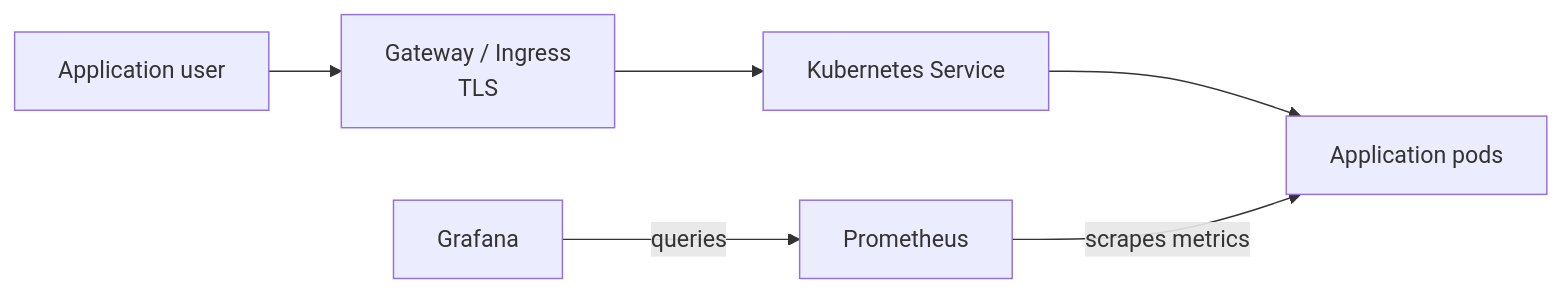
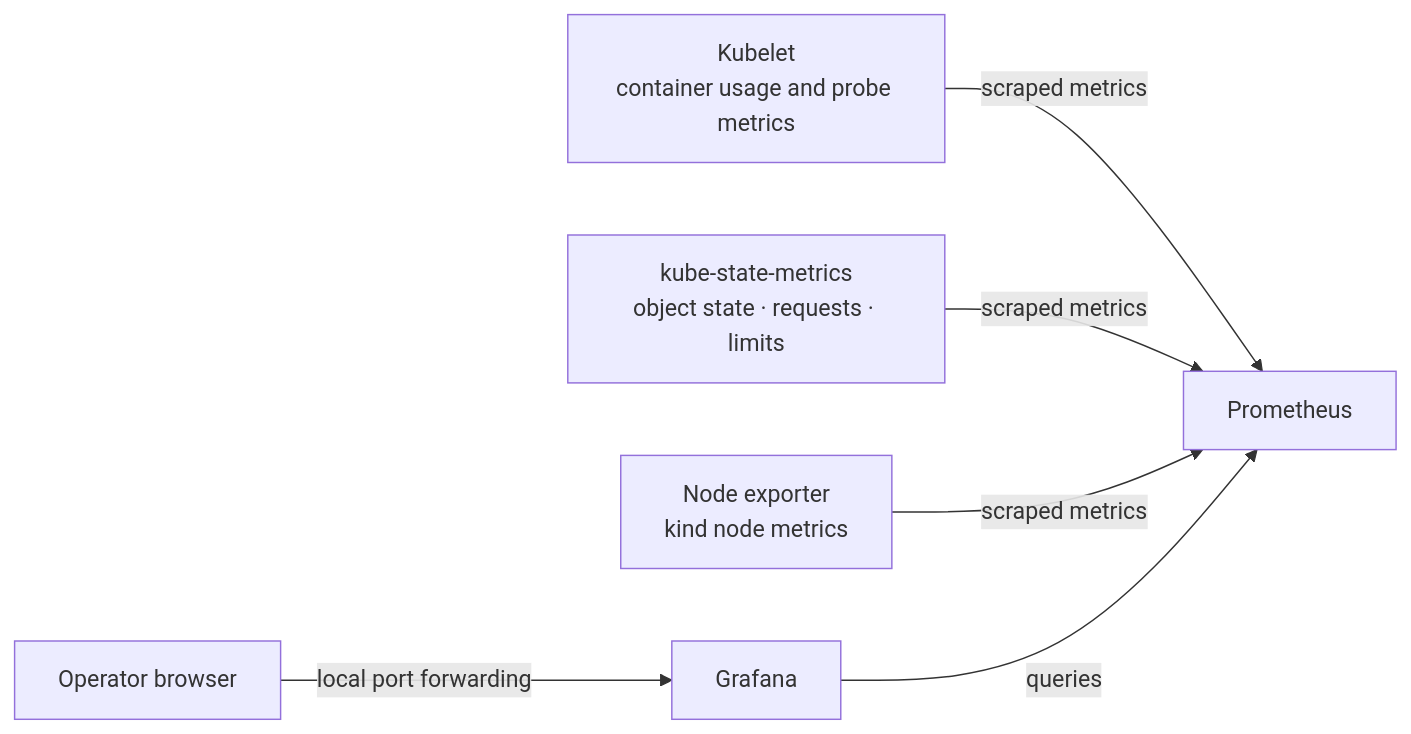
Before and after one commit to Rano1000/internal-developer-platform: the third of 3 diagrams in docs/architecture.md, drawn with Mermaid. The commit also changed other lines of this file, not shown here.

Commit message:
docs: align architecture with verified local MVP

````diff
--- a/docs/architecture.md
+++ b/docs/architecture.md
@@ -80,8 +192,15 @@
 ```mermaid
 flowchart LR
-    client["Application user"] --> gateway["Gateway / Ingress<br/>TLS"]
-    gateway --> service["Kubernetes Service"]
-    service --> pods["Application pods"]
-    prometheus["Prometheus"] -->|scrapes metrics| pods
-    grafana["Grafana"] -->|queries| prometheus
+    kubelet["Kubelet<br/>container usage and probe metrics"]
+    state["kube-state-metrics<br/>object state · requests · limits"]
+    node["Node exporter<br/>kind node metrics"]
+    prometheus["Prometheus"]
+    grafana["Grafana"]
+    operator["Operator browser"]
+
+    kubelet -->|scraped metrics| prometheus
+    state -->|scraped metrics| prometheus
+    node -->|scraped metrics| prometheus
+    grafana -->|queries| prometheus
+    operator -->|local port forwarding| grafana
 ```
````
